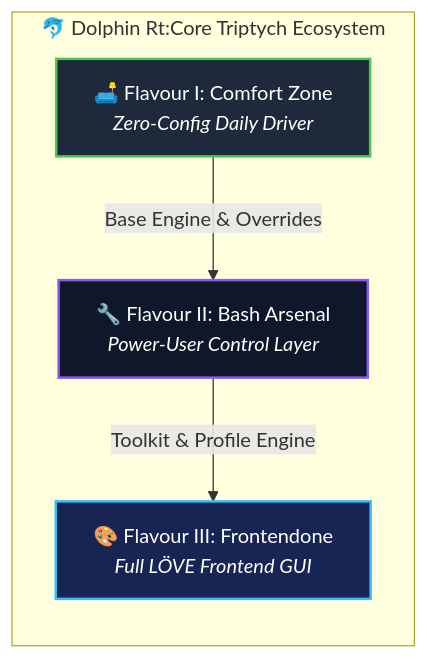
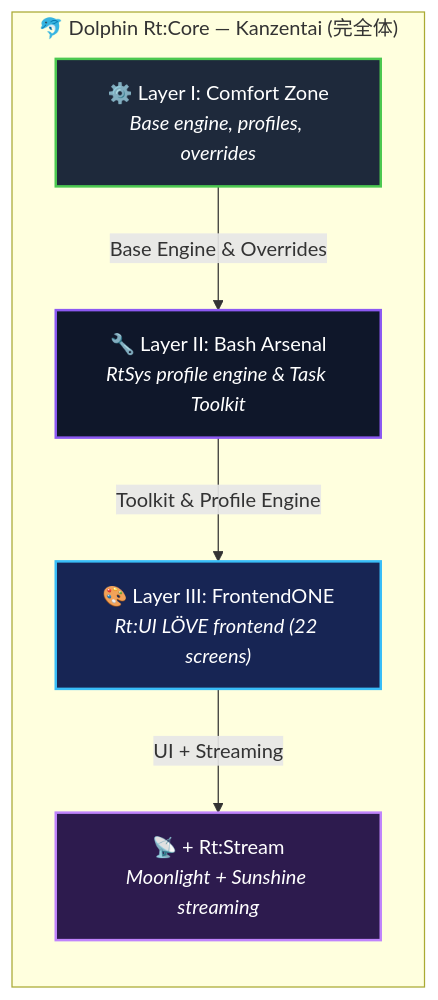
The second of 2 diagrams in README.md (SilverCrow2323/dolphin-rt-core), drawn with Mermaid before and after one commit. The commit also changed other lines of this file, not shown here.

````diff
--- a/README.md
+++ b/README.md
@@ -114,16 +122,19 @@
 ```mermaid
 graph TD
-    subgraph Ecosystem ["🐬 Dolphin Rt:Core Triptych Ecosystem"]
+    subgraph Entity ["🐬 Dolphin Rt:Core — Kanzentai (完全体)"]
         direction TB
-        F1["🛋️ Flavour I: Comfort Zone<br><i>Zero-Config Daily Driver</i>"]
-        F2["🔧 Flavour II: Bash Arsenal<br><i>Power-User Control Layer</i>"]
-        F3["🎨 Flavour III: Frontendone<br><i>Full LÖVE Frontend GUI</i>"]
+        L1["⚙️ Layer I: Comfort Zone<br><i>Base engine, profiles, overrides</i>"]
+        L2["🔧 Layer II: Bash Arsenal<br><i>RtSys profile engine & Task Toolkit</i>"]
+        L3["🎨 Layer III: FrontendONE<br><i>Rt:UI LÖVE frontend (22 screens)</i>"]
+        L4["📡 + Rt:Stream<br><i>Moonlight + Sunshine streaming</i>"]
     end
 
-    F1 -->|Base Engine & Overrides| F2
-    F2 -->|Toolkit & Profile Engine| F3
+    L1 -->|Base Engine & Overrides| L2
+    L2 -->|Toolkit & Profile Engine| L3
+    L3 -->|UI + Streaming| L4
 
-    style F1 fill:#1e293b,stroke:#4cc850,stroke-width:2px,color:#fff
-    style F2 fill:#0f172a,stroke:#8c59f2,stroke-width:2px,color:#fff
-    style F3 fill:#172554,stroke:#38bdf8,stroke-width:2px,color:#fff
+    style L1 fill:#1e293b,stroke:#4cc850,stroke-width:2px,color:#fff
+    style L2 fill:#0f172a,stroke:#8c59f2,stroke-width:2px,color:#fff
+    style L3 fill:#172554,stroke:#38bdf8,stroke-width:2px,color:#fff
+    style L4 fill:#2d1b4e,stroke:#c084fc,stroke-width:2px,color:#fff
 ```
````
